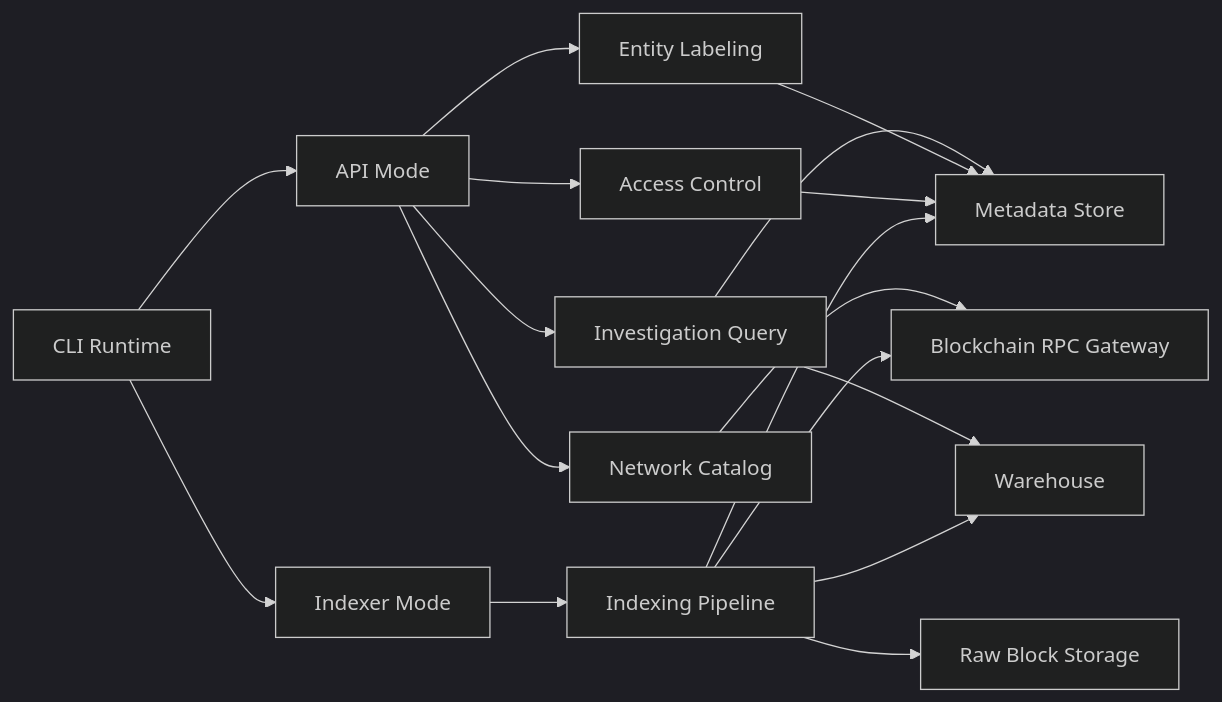
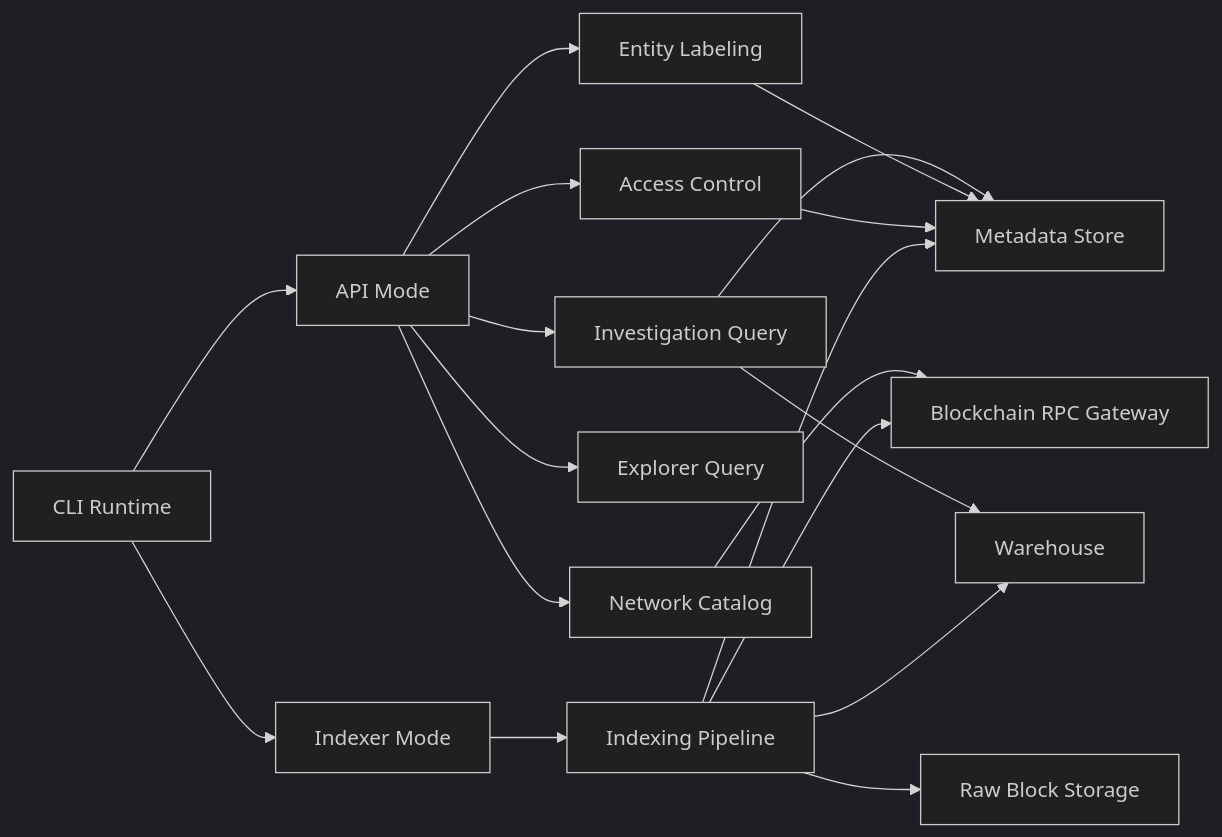
The first of 3 diagrams in README.md (simonbetton/onlydoge-indexer), drawn with Mermaid (dark theme) before and after one commit. The commit also changed other lines of this file and 18 other files, not shown here.

Commit message:
Add public Dogecoin explorer API

````diff
--- a/README.md
+++ b/README.md
@@ -37,19 +39,20 @@
 ```mermaid
 flowchart LR
   CLI["CLI Runtime"] --> API["API Mode"]
   CLI --> IDX["Indexer Mode"]
   API --> AC["Access Control"]
   API --> NC["Network Catalog"]
   API --> EL["Entity Labeling"]
+  API --> EQ["Explorer Query"]
   API --> IQ["Investigation Query"]
   IDX --> IP["Indexing Pipeline"]
   NC --> RPC["Blockchain RPC Gateway"]
   IQ --> META["Metadata Store"]
   IQ --> WH["Warehouse"]
   EL --> META
   AC --> META
   IP --> META
   IP --> RAW["Raw Block Storage"]
   IP --> WH
   IP --> RPC
 ```
````
